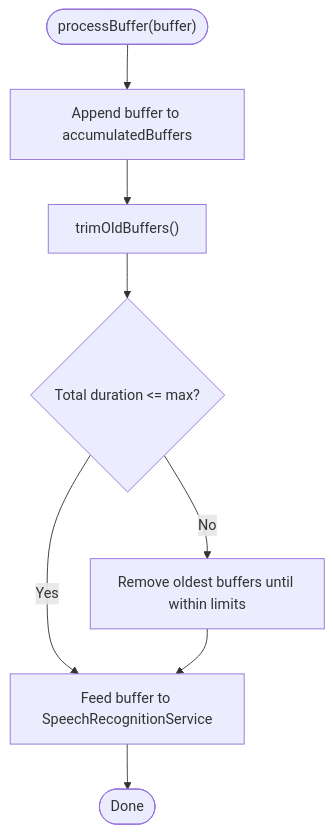
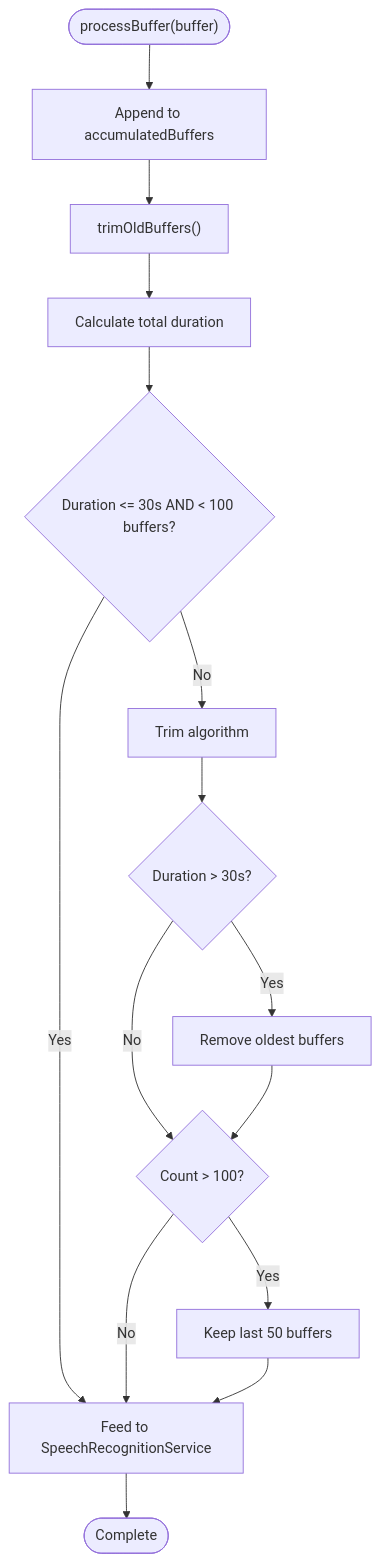
Before and after one commit to alexandreybasta-cyber/factshield-ios: the fourth of 6 diagrams in .qoder/repowiki/en/content/Core Services/Audio Processing.md, drawn with Mermaid. The commit also changed other lines of this file and 97 other files, not shown here.

````diff
--- a/.qoder/repowiki/en/content/Core Services/Audio Processing.md
+++ b/.qoder/repowiki/en/content/Core Services/Audio Processing.md
@@ -195,10 +197,17 @@
 ```mermaid
 flowchart TD
-Start(["processBuffer(buffer)"]) --> Append["Append buffer to accumulatedBuffers"]
+Process(["processBuffer(buffer)"]) --> Append["Append to accumulatedBuffers"]
 Append --> Trim["trimOldBuffers()"]
-Trim --> DurationCheck{"Total duration <= max?"}
-DurationCheck --> |Yes| Feed["Feed buffer to SpeechRecognitionService"]
-DurationCheck --> |No| RemoveOld["Remove oldest buffers until within limits"]
-RemoveOld --> Feed
-Feed --> End(["Done"])
+Trim --> CalcDuration["Calculate total duration"]
+CalcDuration --> CheckLimit{"Duration <= 30s AND < 100 buffers?"}
+CheckLimit --> |Yes| Feed["Feed to SpeechRecognitionService"]
+CheckLimit --> |No| TrimLogic["Trim algorithm"]
+TrimLogic --> DurationCheck{"Duration > 30s?"}
+DurationCheck --> |Yes| RemoveOld["Remove oldest buffers"]
+DurationCheck --> |No| SizeCheck{"Count > 100?"}
+RemoveOld --> SizeCheck
+SizeCheck --> |Yes| KeepRecent["Keep last 50 buffers"]
+SizeCheck --> |No| Feed
+KeepRecent --> Feed
+Feed --> Done(["Complete"])
 ```
````
